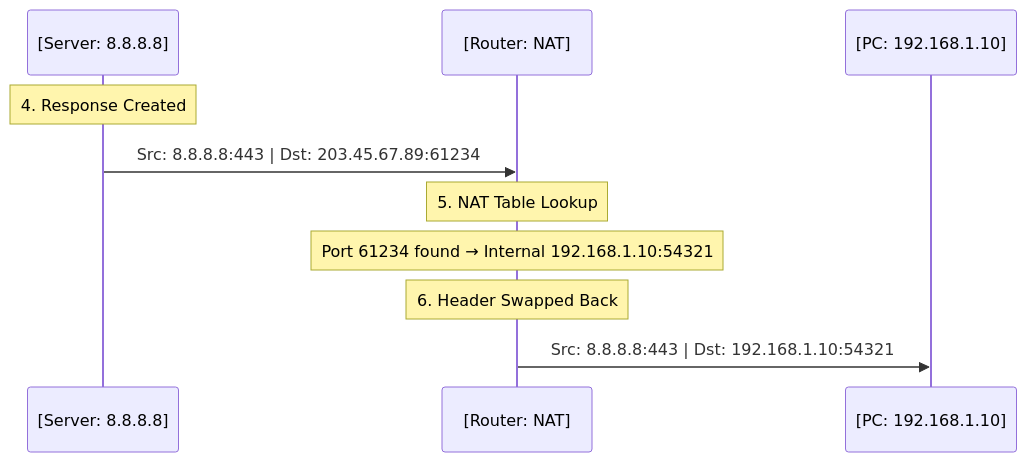
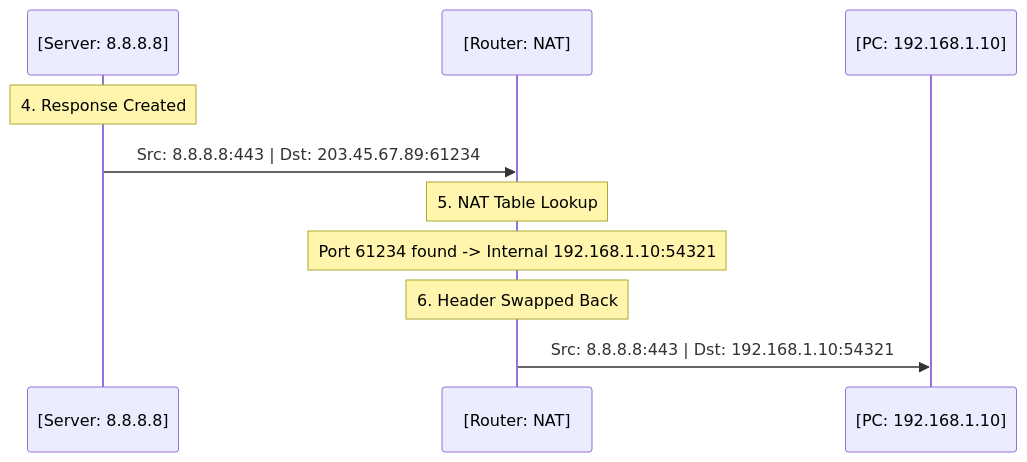
One commit to Shishir-grez/swarm-blog changed the second of 6 diagrams in blog_1.md. Above: the diagram before and after it, drawn with Mermaid. The commit also changed other lines of this file and 1 other file, not shown here.

````diff
--- a/blog_1.md
+++ b/blog_1.md
@@ -325,15 +317,15 @@
 ```mermaid
 sequenceDiagram
     participant Web as [Server: 8.8.8.8]
     participant NAT as [Router: NAT]
     participant PC as [PC: 192.168.1.10]
 
     Note over Web: 4. Response Created
     Web->>NAT: Src: 8.8.8.8:443 | Dst: 203.45.67.89:61234
     
     Note over NAT: 5. NAT Table Lookup
-    Note over NAT: Port 61234 found → Internal 192.168.1.10:54321
+    Note over NAT: Port 61234 found -> Internal 192.168.1.10:54321
     
     Note over NAT: 6. Header Swapped Back
     NAT->>PC: Src: 8.8.8.8:443 | Dst: 192.168.1.10:54321
 ```
````
